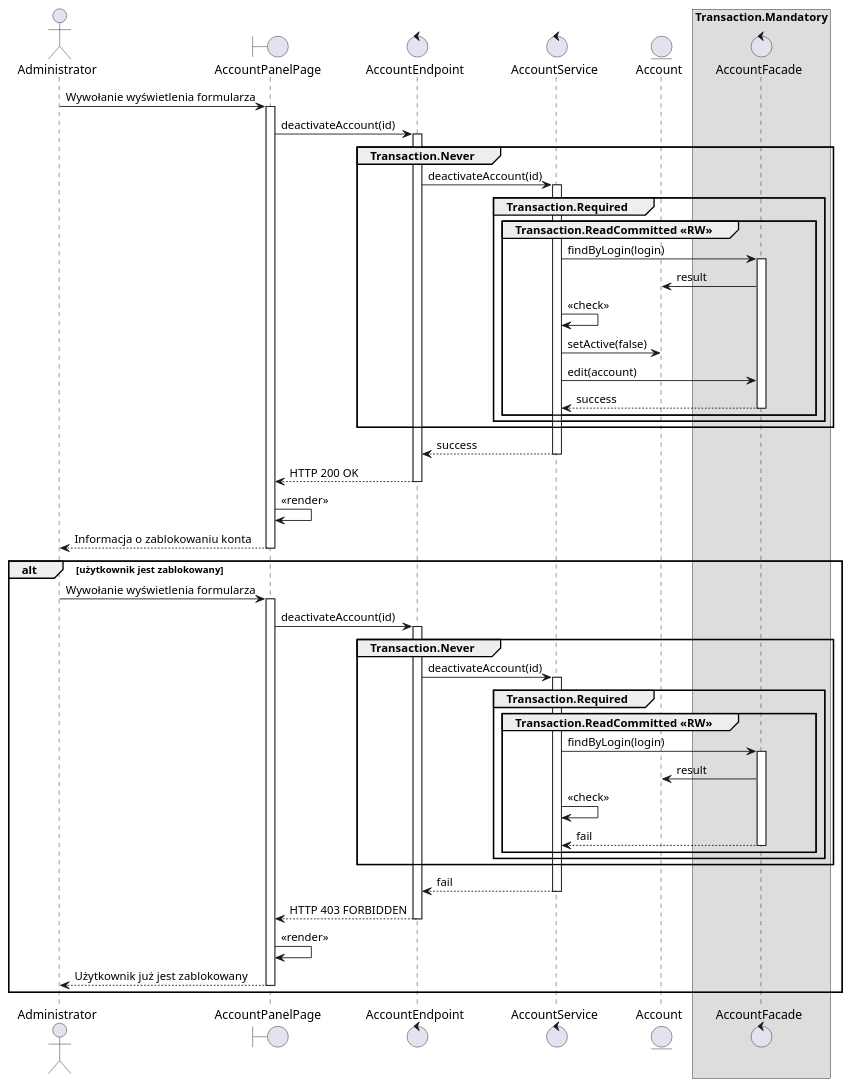
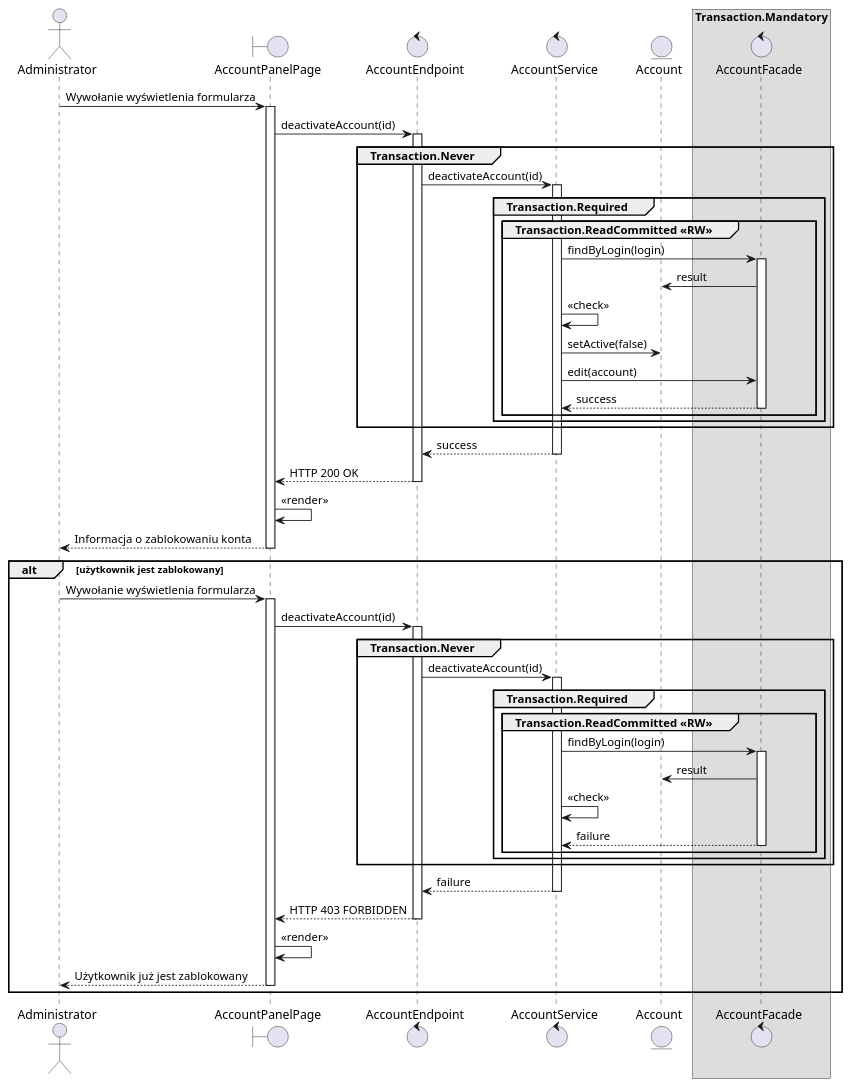
Before and after one commit to TheVivent-Politechnika-Lodzka/ssbd03_kic_uml: the diagram in src/rozdział 11/mok3.puml, drawn with PlantUML. The commit also changed 6 other files, not shown here.

```diff
--- a/src/rozdział 11/mok3.puml
+++ b/src/rozdział 11/mok3.puml
@@ -1,58 +1,58 @@
 @startuml MOK.3 - Zablokuj konto
 
 actor Administrator as admin
 boundary AccountPanelPage as gui
 control AccountEndpoint as controller
 control AccountService as service
 entity Account as account
 control AccountFacade as facade
 
 skinparam backgroundcolor transparent
 box Transaction.Mandatory 
     participant facade
 end box
 
 admin -> gui ++ : Wywołanie wyświetlenia formularza
 gui -> controller ++ : deactivateAccount(id)
 group Transaction.Never
     controller -> service ++ : deactivateAccount(id) 
     group Transaction.Required
         group Transaction.ReadCommitted <<RW>>
             service -> facade ++ : findByLogin(login)
             facade -> account : result
             service -> service : <<check>>
             service -> account : setActive(false)
             service -> facade : edit(account)
             return success
         end
     end
 end
 
 return success
 return HTTP 200 OK
 gui -> gui : <<render>>
 return Informacja o zablokowaniu konta
 
 alt użytkownik jest zablokowany
     admin -> gui ++ : Wywołanie wyświetlenia formularza
     gui -> controller ++ : deactivateAccount(id)
     group Transaction.Never
         controller -> service ++ : deactivateAccount(id) 
             group Transaction.Required
                 group Transaction.ReadCommitted <<RW>>
                     service -> facade ++: findByLogin(login)
                     facade -> account  : result
                     service -> service : <<check>>
                 
-                    return fail
+                    return failure
                 end
             end
         end
-        return fail
+        return failure
     return HTTP 403 FORBIDDEN
     gui -> gui : <<render>>
 return Użytkownik już jest zablokowany
 end
 
 
 @enduml
```
